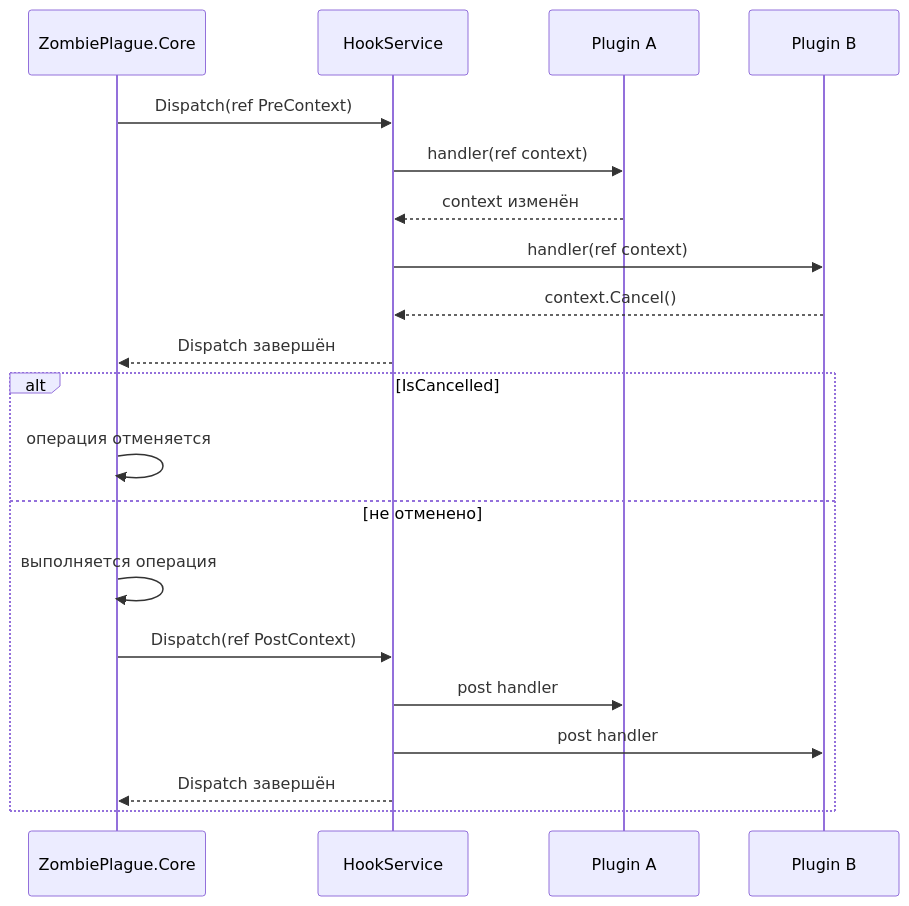
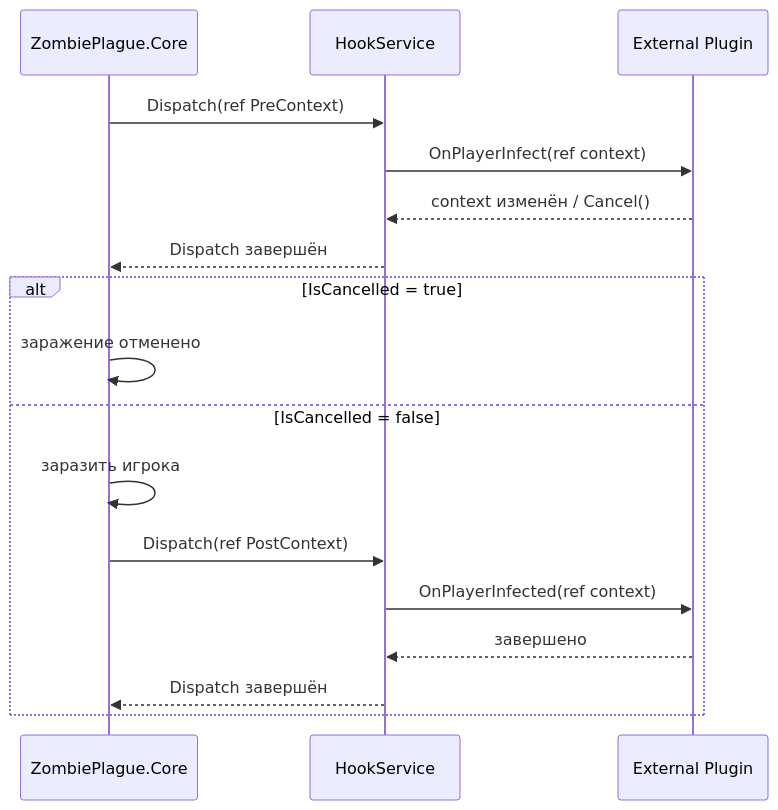
Before and after one commit to elysium-corp/cs2-zombie-plague: the tenth of 10 diagrams in Common.Hooks/README.md, drawn with Mermaid. The commit also changed other lines of this file, not shown here.

````diff
--- a/Common.Hooks/README.md
+++ b/Common.Hooks/README.md
@@ -1067,27 +1057,28 @@
 ```mermaid
 sequenceDiagram
     participant Core as ZombiePlague.Core
     participant Hooks as HookService
-    participant A as Plugin A
-    participant B as Plugin B
+    participant Plugin as External Plugin
 
     Core->>Hooks: Dispatch(ref PreContext)
 
-    Hooks->>A: handler(ref context)
-    A-->>Hooks: context изменён
+    Hooks->>Plugin: OnPlayerInfect(ref context)
 
-    Hooks->>B: handler(ref context)
-    B-->>Hooks: context.Cancel()
+    Plugin-->>Hooks: context изменён / Cancel()
 
     Hooks-->>Core: Dispatch завершён
 
-    alt IsCancelled
-        Core->>Core: операция отменяется
-    else не отменено
-        Core->>Core: выполняется операция
+    alt IsCancelled = true
+        Core->>Core: заражение отменено
+    else IsCancelled = false
+        Core->>Core: заразить игрока
+
         Core->>Hooks: Dispatch(ref PostContext)
-        Hooks->>A: post handler
-        Hooks->>B: post handler
+
+        Hooks->>Plugin: OnPlayerInfected(ref context)
+
+        Plugin-->>Hooks: завершено
+
         Hooks-->>Core: Dispatch завершён
     end
 ```
````
